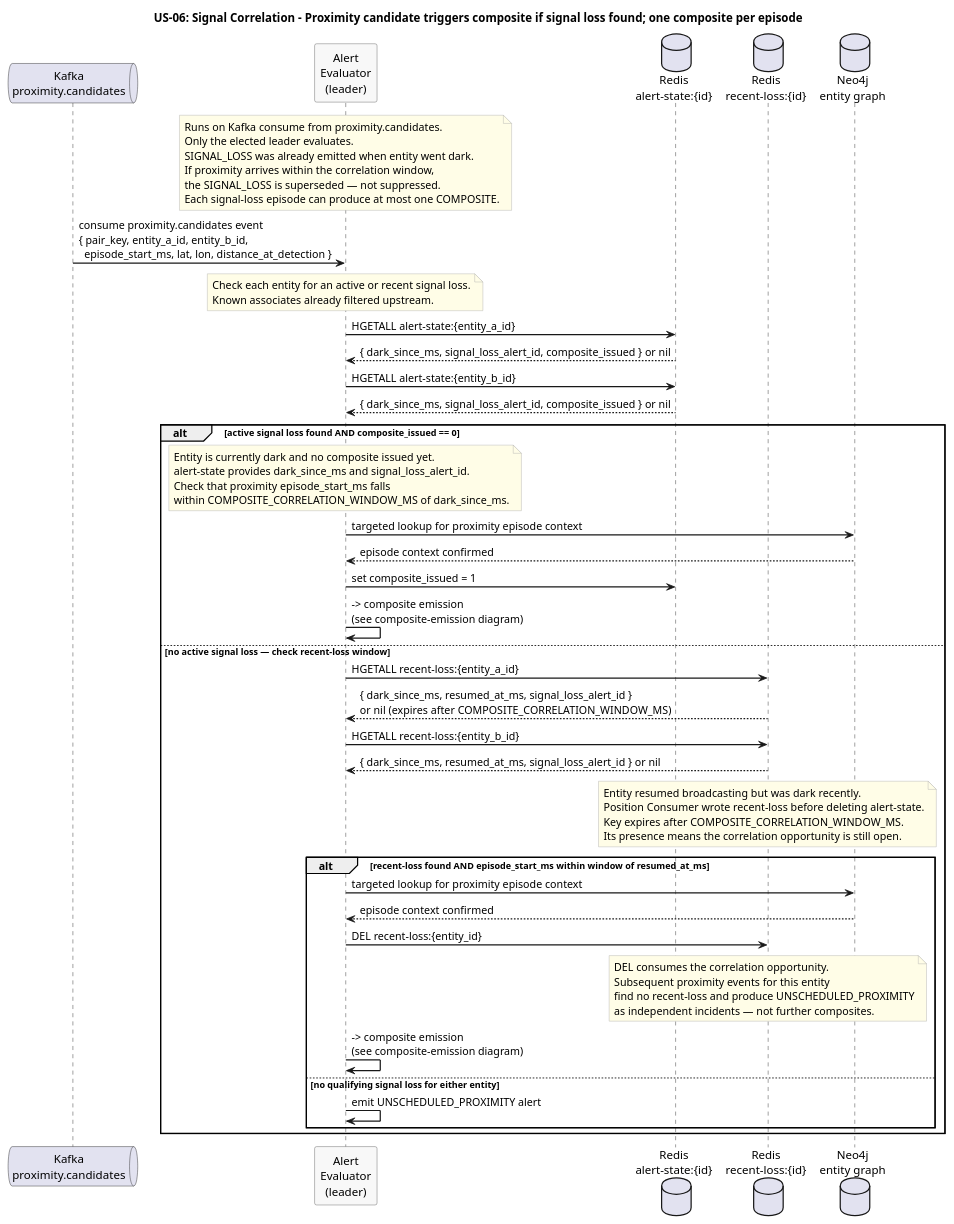
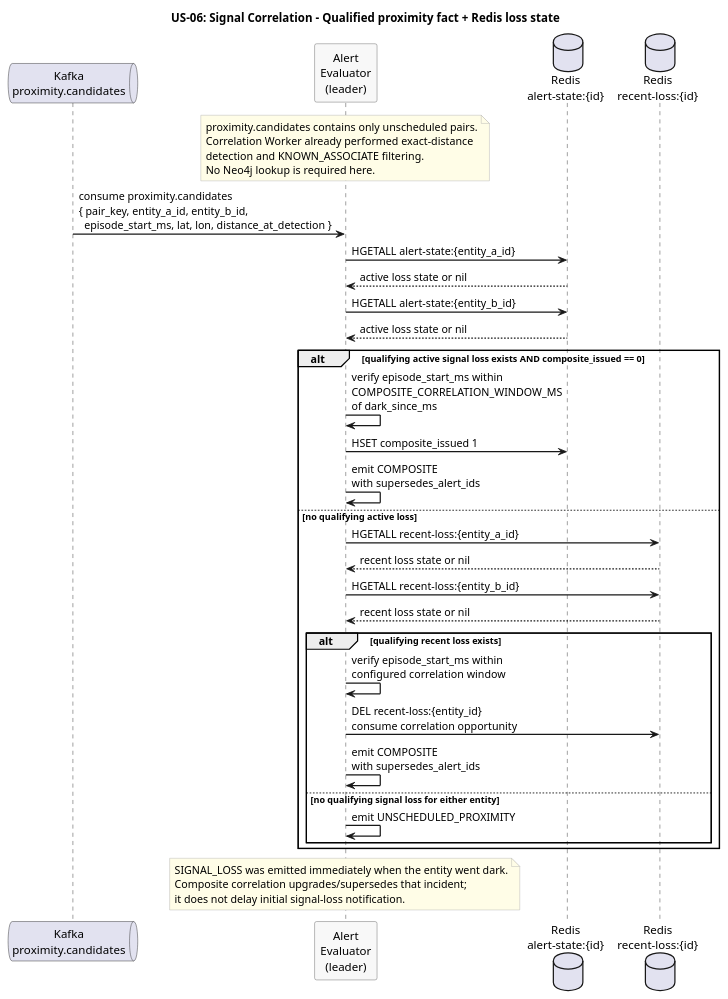
One commit to Buffden/sentinel changed the diagram in docs/use-cases/US-06-composite-alert/signal-correlation.puml. Above: the diagram before and after it, drawn with PlantUML.

Commit message:
docs: remove Neo4j lookup from composite correlation flow

```diff
--- a/docs/use-cases/US-06-composite-alert/signal-correlation.puml
+++ b/docs/use-cases/US-06-composite-alert/signal-correlation.puml
@@ -1,86 +1,54 @@
 @startuml signal-correlation
-title US-06: Signal Correlation - Proximity candidate triggers composite if signal loss found; one composite per episode
+title US-06: Signal Correlation - Qualified proximity fact + Redis loss state
 
 skinparam sequenceArrowThickness 1.5
 skinparam participantBorderColor #555555
 skinparam participantBackgroundColor #F8F8F8
 skinparam noteBorderColor #AAAAAA
 skinparam noteBackgroundColor #FFFDE7
 
 queue "Kafka\nproximity.candidates" as ProxKafka
 participant "Alert\nEvaluator\n(leader)" as Evaluator
 database "Redis\nalert-state:{id}" as AlertState
 database "Redis\nrecent-loss:{id}" as RecentLoss
-database "Neo4j\nentity graph" as Neo4j
 
 note over Evaluator
-  Runs on Kafka consume from proximity.candidates.
-  Only the elected leader evaluates.
-  SIGNAL_LOSS was already emitted when entity went dark.
-  If proximity arrives within the correlation window,
-  the SIGNAL_LOSS is superseded — not suppressed.
-  Each signal-loss episode can produce at most one COMPOSITE.
+  proximity.candidates contains only unscheduled pairs.
+  Correlation Worker already performed exact-distance
+  detection and KNOWN_ASSOCIATE filtering.
+  No Neo4j lookup is required here.
 end note
 
-ProxKafka -> Evaluator : consume proximity.candidates event\n{ pair_key, entity_a_id, entity_b_id,\n  episode_start_ms, lat, lon, distance_at_detection }
-
-note over Evaluator
-  Check each entity for an active or recent signal loss.
-  Known associates already filtered upstream.
-end note
+ProxKafka -> Evaluator : consume proximity.candidates\n{ pair_key, entity_a_id, entity_b_id,\n  episode_start_ms, lat, lon, distance_at_detection }
 
 Evaluator -> AlertState : HGETALL alert-state:{entity_a_id}
-AlertState --> Evaluator : { dark_since_ms, signal_loss_alert_id, composite_issued } or nil
+AlertState --> Evaluator : active loss state or nil
+Evaluator -> AlertState : HGETALL alert-state:{entity_b_id}
+AlertState --> Evaluator : active loss state or nil
 
-Evaluator -> AlertState : HGETALL alert-state:{entity_b_id}
-AlertState --> Evaluator : { dark_since_ms, signal_loss_alert_id, composite_issued } or nil
+alt qualifying active signal loss exists AND composite_issued == 0
+  Evaluator -> Evaluator : verify episode_start_ms within\nCOMPOSITE_CORRELATION_WINDOW_MS\nof dark_since_ms
+  Evaluator -> AlertState : HSET composite_issued 1
+  Evaluator -> Evaluator : emit COMPOSITE\nwith supersedes_alert_ids
+else no qualifying active loss
+  Evaluator -> RecentLoss : HGETALL recent-loss:{entity_a_id}
+  RecentLoss --> Evaluator : recent loss state or nil
+  Evaluator -> RecentLoss : HGETALL recent-loss:{entity_b_id}
+  RecentLoss --> Evaluator : recent loss state or nil
 
-alt active signal loss found AND composite_issued == 0
-  note over Evaluator
-    Entity is currently dark and no composite issued yet.
-    alert-state provides dark_since_ms and signal_loss_alert_id.
-    Check that proximity episode_start_ms falls
-    within COMPOSITE_CORRELATION_WINDOW_MS of dark_since_ms.
-  end note
-
-  Evaluator -> Neo4j : targeted lookup for proximity episode context
-  Neo4j --> Evaluator : episode context confirmed
-
-  Evaluator -> AlertState : set composite_issued = 1
-  Evaluator -> Evaluator : -> composite emission\n(see composite-emission diagram)
-
-else no active signal loss — check recent-loss window
-  Evaluator -> RecentLoss : HGETALL recent-loss:{entity_a_id}
-  RecentLoss --> Evaluator : { dark_since_ms, resumed_at_ms, signal_loss_alert_id }\nor nil (expires after COMPOSITE_CORRELATION_WINDOW_MS)
-
-  Evaluator -> RecentLoss : HGETALL recent-loss:{entity_b_id}
-  RecentLoss --> Evaluator : { dark_since_ms, resumed_at_ms, signal_loss_alert_id } or nil
-
-  note over RecentLoss
-    Entity resumed broadcasting but was dark recently.
-    Position Consumer wrote recent-loss before deleting alert-state.
-    Key expires after COMPOSITE_CORRELATION_WINDOW_MS.
-    Its presence means the correlation opportunity is still open.
-  end note
-
-  alt recent-loss found AND episode_start_ms within window of resumed_at_ms
-    Evaluator -> Neo4j : targeted lookup for proximity episode context
-    Neo4j --> Evaluator : episode context confirmed
-
-    Evaluator -> RecentLoss : DEL recent-loss:{entity_id}
-
-    note over RecentLoss
-      DEL consumes the correlation opportunity.
-      Subsequent proximity events for this entity
-      find no recent-loss and produce UNSCHEDULED_PROXIMITY
-      as independent incidents — not further composites.
-    end note
-
-    Evaluator -> Evaluator : -> composite emission\n(see composite-emission diagram)
-
+  alt qualifying recent loss exists
+    Evaluator -> Evaluator : verify episode_start_ms within\nconfigured correlation window
+    Evaluator -> RecentLoss : DEL recent-loss:{entity_id}\nconsume correlation opportunity
+    Evaluator -> Evaluator : emit COMPOSITE\nwith supersedes_alert_ids
   else no qualifying signal loss for either entity
-    Evaluator -> Evaluator : emit UNSCHEDULED_PROXIMITY alert
+    Evaluator -> Evaluator : emit UNSCHEDULED_PROXIMITY
   end
 end
 
+note over Evaluator
+  SIGNAL_LOSS was emitted immediately when the entity went dark.
+  Composite correlation upgrades/supersedes that incident;
+  it does not delay initial signal-loss notification.
+end note
+
 @enduml
```
